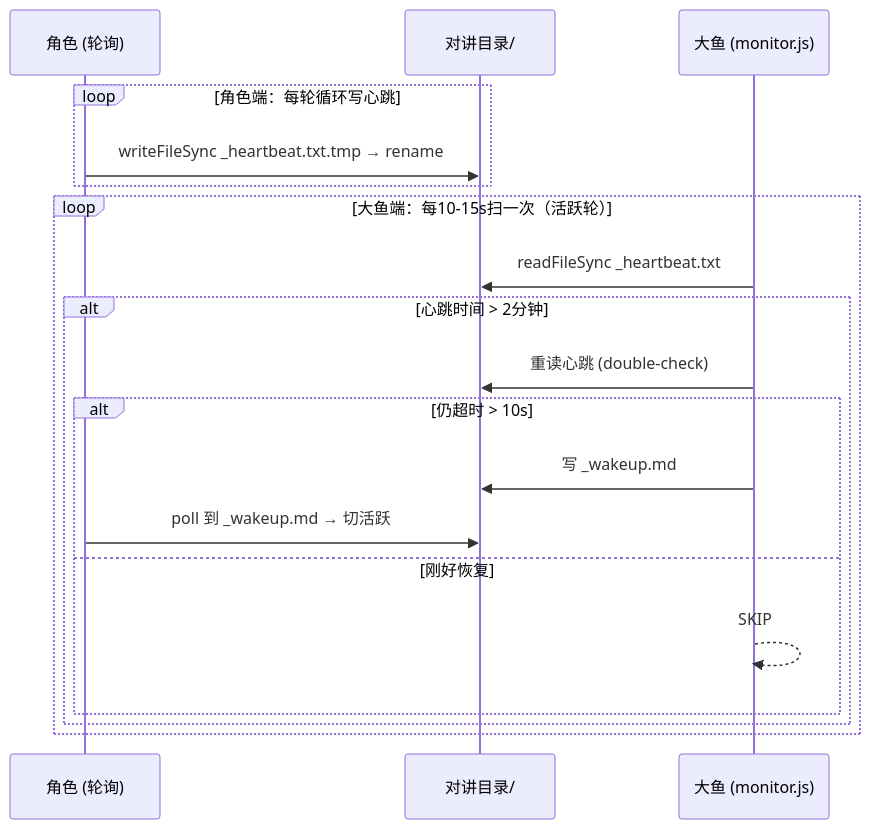
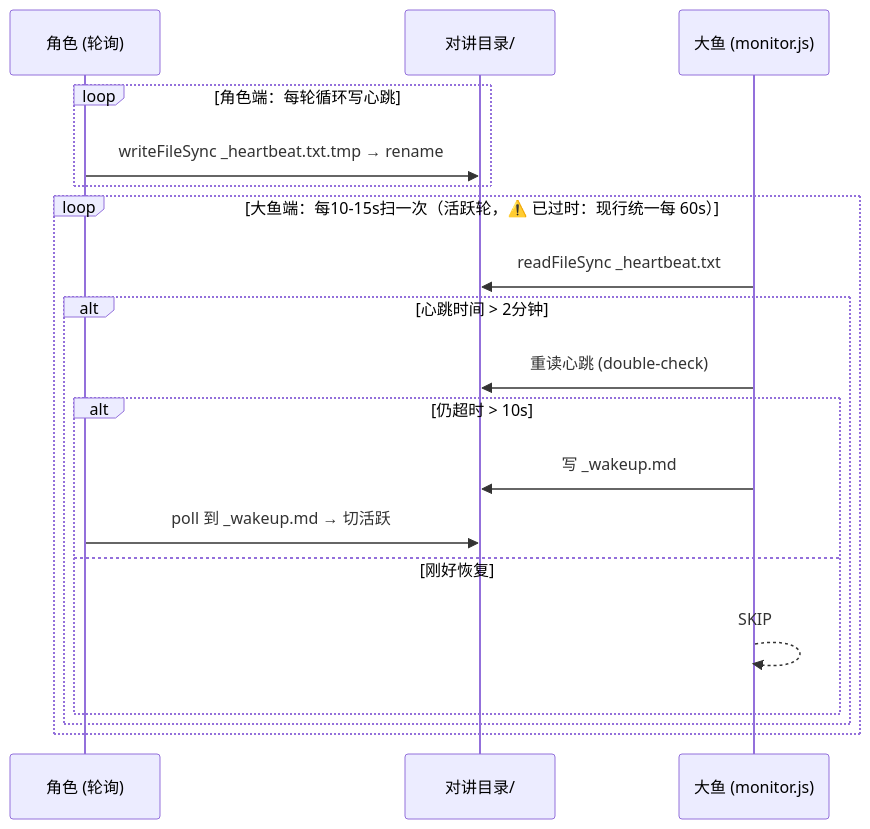
Before and after one commit to whereismymindM/Codex-Ninja: the eighth of 11 diagrams in 设计文档/初代-codex-ninja.md, drawn with Mermaid. The commit also changed other lines of this file and 17 other files, not shown here.

````diff
--- a/设计文档/初代-codex-ninja.md
+++ b/设计文档/初代-codex-ninja.md
@@ -244,23 +244,23 @@
 ```mermaid
 sequenceDiagram
     participant 角色 as 角色 (轮询)
     participant 对讲目录 as 对讲目录/
     participant 大鱼 as 大鱼 (monitor.js)
 
     loop 角色端：每轮循环写心跳
         角色->>对讲目录: writeFileSync _heartbeat.txt.tmp → rename
     end
 
-    loop 大鱼端：每10-15s扫一次（活跃轮）
+    loop 大鱼端：每10-15s扫一次（活跃轮，⚠️ 已过时：现行统一每 60s）
         大鱼->>对讲目录: readFileSync _heartbeat.txt
         alt 心跳时间 > 2分钟
             大鱼->>对讲目录: 重读心跳 (double-check)
             alt 仍超时 > 10s
                 大鱼->>对讲目录: 写 _wakeup.md
                 角色->>对讲目录: poll 到 _wakeup.md → 切活跃
             else 刚好恢复
                 大鱼-->>大鱼: SKIP
             end
         end
     end
 ```
````
